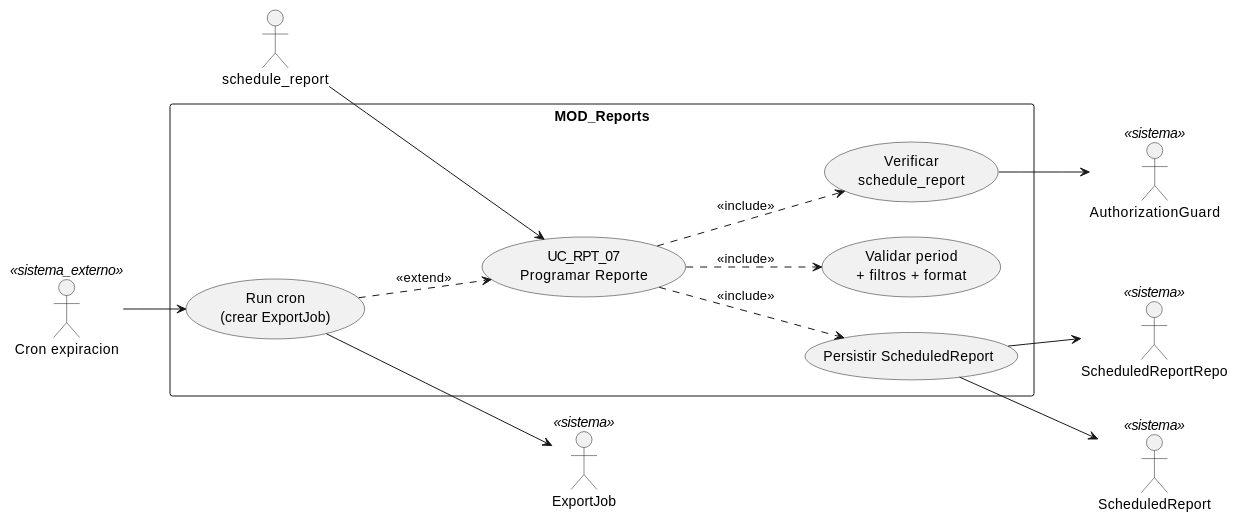
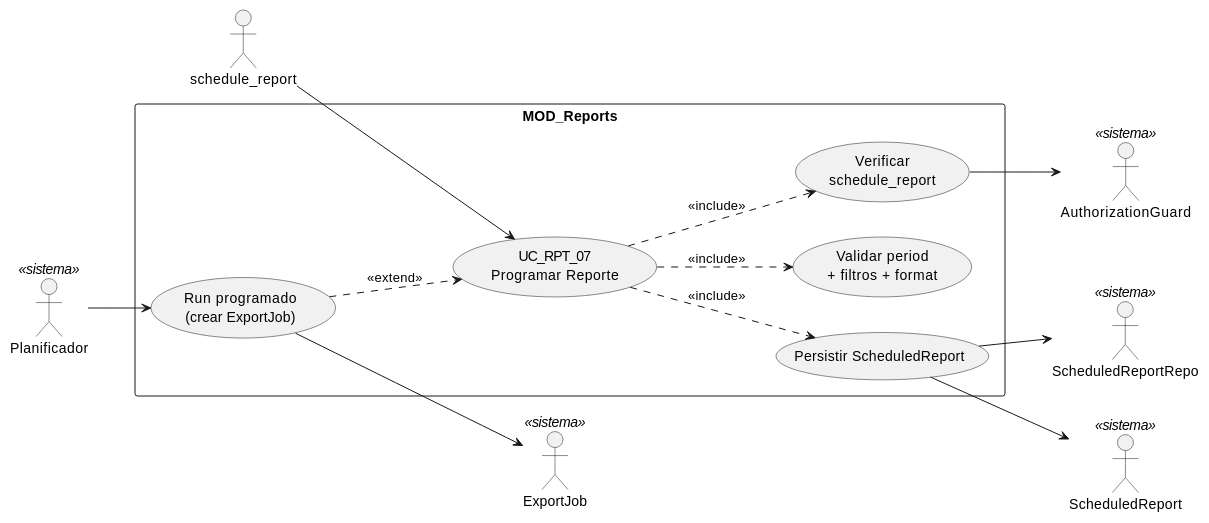
The diagram in source/arquitectura-tecnica/use-case-view/reports/uc-rpt-07-programar-reporte.rst (jcg-admin/IACT-docs), drawn with PlantUML before and after one commit. The commit also changed other lines of this file, not shown here.

Commit message:
Apply STD-010 Cat-B in reports/uc-rpt-07
T-028: 4 refs Cron -> Planificador (descripcion + actor +
usecase + relacion).

Refs: T-028, STD-010 Cat-B

```diff
--- a/source/arquitectura-tecnica/use-case-view/reports/uc-rpt-07-programar-reporte.rst
+++ b/source/arquitectura-tecnica/use-case-view/reports/uc-rpt-07-programar-reporte.rst
@@ -24,36 +25,36 @@
 .. uml::
  :caption: UC_RPT_07 — actores y casos asociados.
 
  @startuml
 
  left to right direction
 
  actor "schedule_report" as schedule_report
- actor "Cron expiracion" as Cron <<sistema_externo>>
+ actor "Planificador" as Planificador <<sistema>>
  actor "AuthorizationGuard" as AuthorizationGuard <<sistema>>
  actor "ScheduledReportRepo" as ScheduledReportRepo <<sistema>>
  actor "ScheduledReport" as ScheduledReport <<sistema>>
  actor "ExportJob" as ExportJob <<sistema>>
 
  rectangle "MOD_Reports" {
    usecase "UC_RPT_07\nProgramar Reporte" as UC_RPT_07
    usecase "Verificar\nschedule_report" as VERIFICAR_AGR
    usecase "Validar period\n+ filtros + format" as VALIDAR
    usecase "Persistir ScheduledReport" as PERSISTIR
-   usecase "Run cron\n(crear ExportJob)" as RUN_CRON
+   usecase "Run programado\n(crear ExportJob)" as RUN_CRON
  }
 
  schedule_report --> UC_RPT_07
- Cron --> RUN_CRON
+ Planificador --> RUN_CRON
 
  UC_RPT_07 ..> VERIFICAR_AGR : <<include>>
  UC_RPT_07 ..> VALIDAR : <<include>>
  UC_RPT_07 ..> PERSISTIR : <<include>>
  RUN_CRON ..> UC_RPT_07 : <<extend>>
 
  VERIFICAR_AGR --> AuthorizationGuard
  PERSISTIR --> ScheduledReportRepo
  PERSISTIR --> ScheduledReport
  RUN_CRON --> ExportJob
 
  @enduml
```
